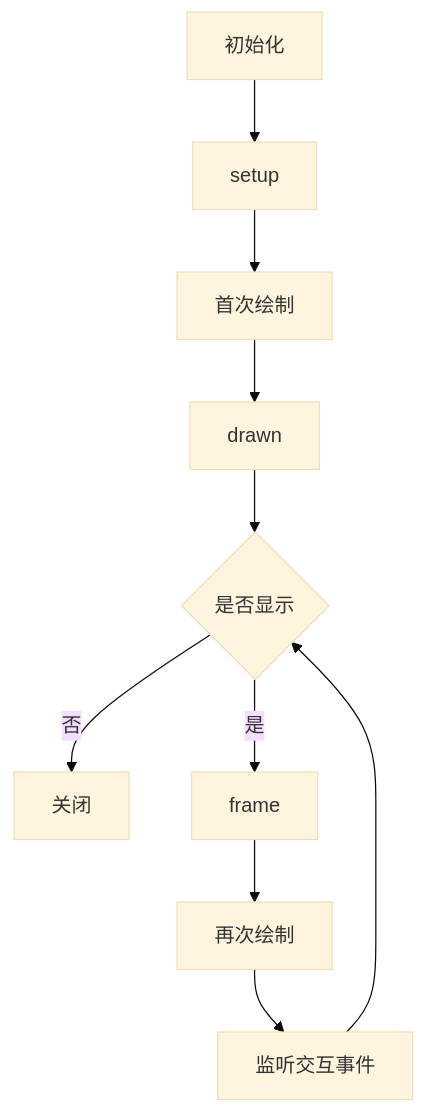
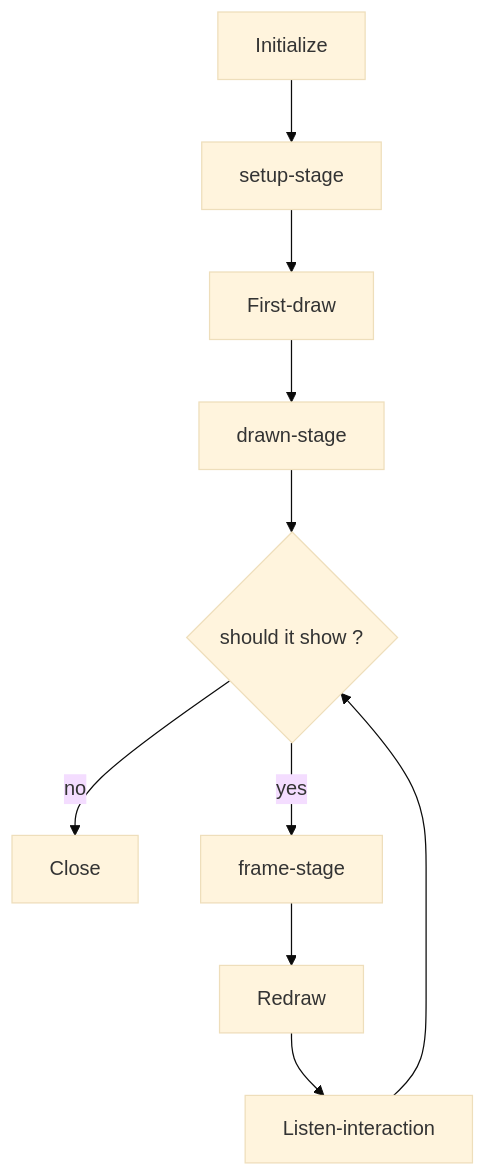
One commit to bluebones-team/psychopy-scene changed the diagram in README.md. Above: the diagram before and after it, drawn with Mermaid (base theme). The commit also changed other lines of this file and 5 other files, not shown here.

````diff
--- a/README.md
+++ b/README.md
@@ -227,6 +273,6 @@
 ```mermaid
 graph TD
-初始化 --> setup --> 首次绘制 --> drawn --> c{是否显示}
-c -->|否| 关闭
-c -->|是| frame --> 再次绘制 --> 监听交互事件 --> c
+Initialize --> setup-stage --> First-draw --> drawn-stage --> c{should it show ?}
+c -->|no| Close
+c -->|yes| frame-stage --> Redraw --> Listen-interaction --> c
 ```
````
